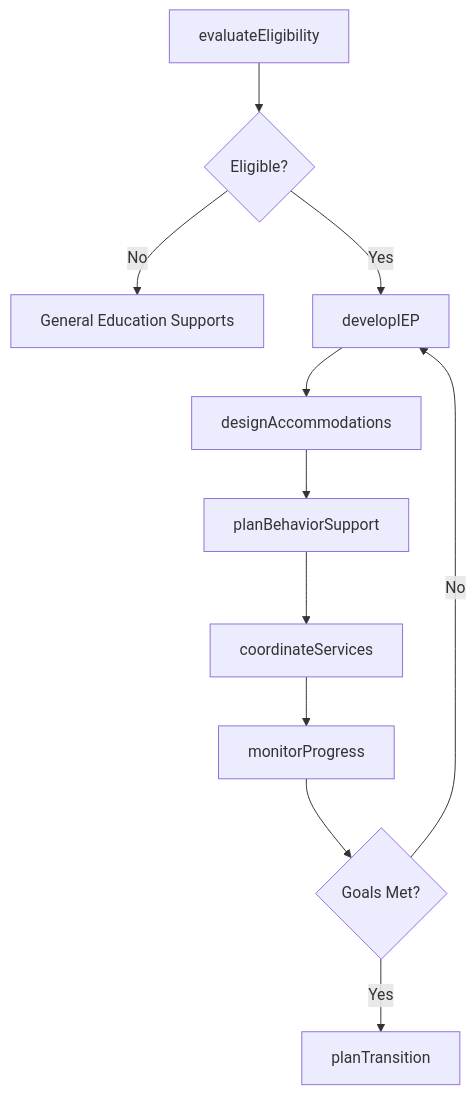
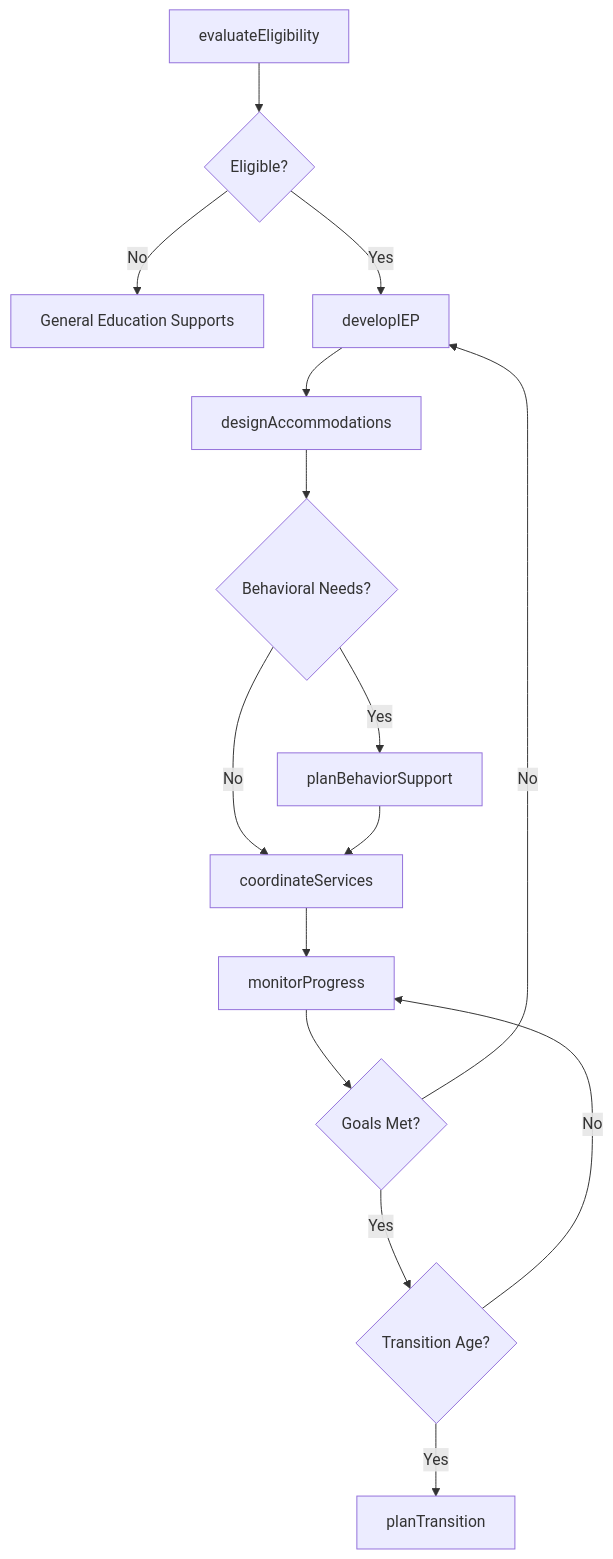
Before and after one commit to dot-org-ai/tasks.org.ai: the third of 4 diagrams in ThinkingCreatively/DevelopEducationalProgramsPlansOrProcedures/DevelopStrategiesProgramsStudentsSpecial.mdx, drawn with Mermaid. The commit also changed other lines of this file and 504 other files, not shown here.

First line of the commit message:
feat: Add ER diagrams, state diagrams, and workflow improvements to 96 DWA task files

````diff
--- a/ThinkingCreatively/DevelopEducationalProgramsPlansOrProcedures/DevelopStrategiesProgramsStudentsSpecial.mdx
+++ b/ThinkingCreatively/DevelopEducationalProgramsPlansOrProcedures/DevelopStrategiesProgramsStudentsSpecial.mdx
@@ -87,13 +117,17 @@
 ```mermaid
 graph TD
     A[evaluateEligibility] --> B{Eligible?}
     B -->|No| C[General Education Supports]
     B -->|Yes| D[developIEP]
     D --> E[designAccommodations]
-    E --> F[planBehaviorSupport]
-    F --> G[coordinateServices]
-    G --> H[monitorProgress]
-    H --> I{Goals Met?}
-    I -->|No| D
-    I -->|Yes| J[planTransition]
+    E --> F{Behavioral Needs?}
+    F -->|Yes| G[planBehaviorSupport]
+    F -->|No| H[coordinateServices]
+    G --> H
+    H --> I[monitorProgress]
+    I --> J{Goals Met?}
+    J -->|No| D
+    J -->|Yes| K{Transition Age?}
+    K -->|Yes| L[planTransition]
+    K -->|No| I
 ```
````
